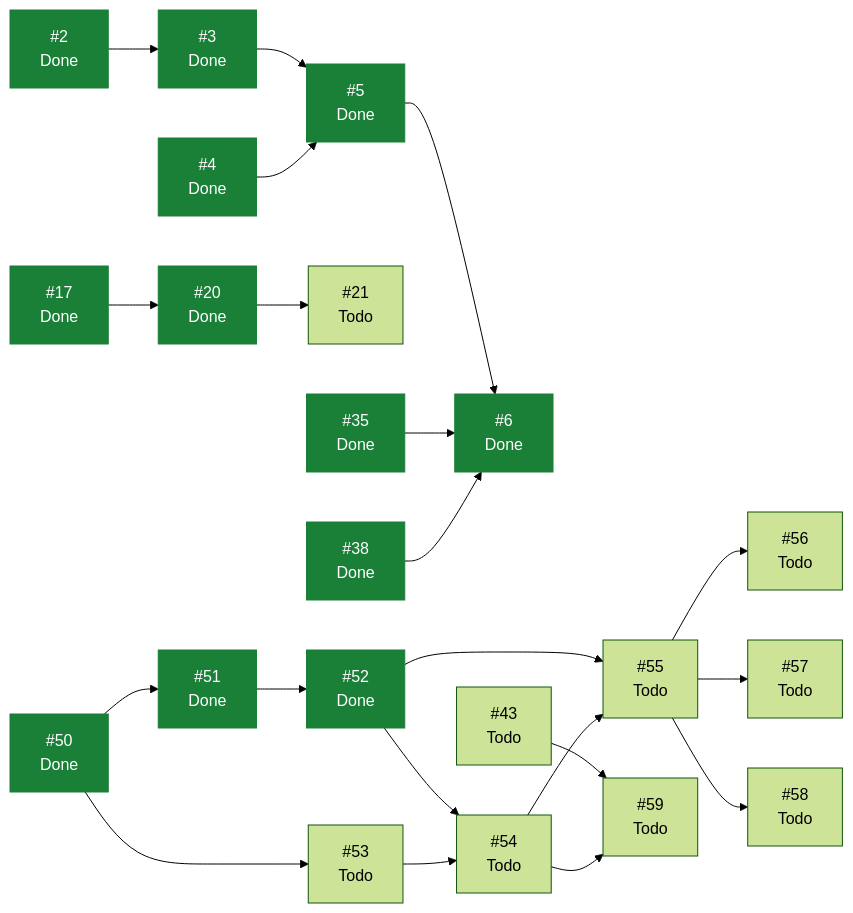
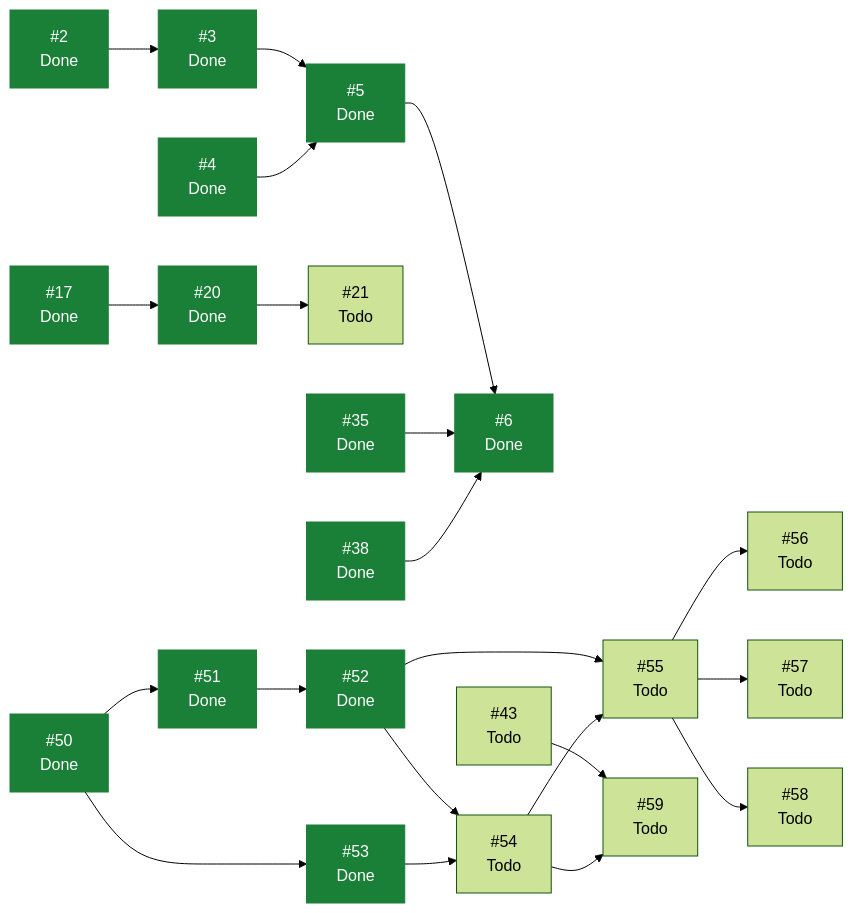
The diagram in docs/planning/STATUS.md (ecamp0s/evault), drawn with Mermaid (forest theme) before and after one commit. The commit also changed other lines of this file, not shown here.

````diff
--- a/docs/planning/STATUS.md
+++ b/docs/planning/STATUS.md
@@ -87,46 +87,46 @@
 ```mermaid
 graph LR
   I2["#2<br/>Done"]
   I3["#3<br/>Done"]
   I4["#4<br/>Done"]
   I5["#5<br/>Done"]
   I6["#6<br/>Done"]
   I17["#17<br/>Done"]
   I20["#20<br/>Done"]
   I21["#21<br/>Todo"]
   I35["#35<br/>Done"]
   I38["#38<br/>Done"]
   I43["#43<br/>Todo"]
   I50["#50<br/>Done"]
   I51["#51<br/>Done"]
   I52["#52<br/>Done"]
-  I53["#53<br/>Todo"]
+  I53["#53<br/>Done"]
   I54["#54<br/>Todo"]
   I55["#55<br/>Todo"]
   I56["#56<br/>Todo"]
   I57["#57<br/>Todo"]
   I58["#58<br/>Todo"]
   I59["#59<br/>Todo"]
   I2 --> I3
   I3 --> I5
   I4 --> I5
   I5 --> I6
   I17 --> I20
   I20 --> I21
   I35 --> I6
   I38 --> I6
   I43 --> I59
   I50 --> I51
   I50 --> I53
   I51 --> I52
   I52 --> I54
   I52 --> I55
   I53 --> I54
   I54 --> I55
   I54 --> I59
   I55 --> I56
   I55 --> I57
   I55 --> I58
   classDef hecho fill:#1a7f37,stroke:#1a7f37,color:#fff;
-  class I2,I3,I4,I5,I6,I17,I20,I35,I38,I50,I51,I52 hecho;
+  class I2,I3,I4,I5,I6,I17,I20,I35,I38,I50,I51,I52,I53 hecho;
 ```
````
